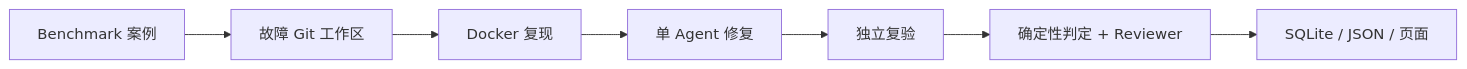
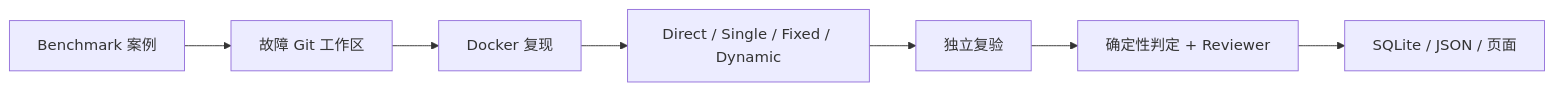
Before and after one commit to Mark3Vxxx/IssueFlow-Software-Engineering-Agent: the diagram in README.zh-CN.md, drawn with Mermaid. The commit also changed other lines of this file and 21 other files, not shown here.

Commit message:
test: verify phase two agent architectures

````diff
--- a/README.zh-CN.md
+++ b/README.zh-CN.md
@@ -11,9 +11,9 @@
 ```mermaid
 flowchart LR
     A["Benchmark 案例"] --> B["故障 Git 工作区"]
     B --> C["Docker 复现"]
-    C --> D["单 Agent 修复"]
+    C --> D["Direct / Single / Fixed / Dynamic"]
     D --> E["独立复验"]
     E --> F["确定性判定 + Reviewer"]
     F --> G["SQLite / JSON / 页面"]
 ```
````
